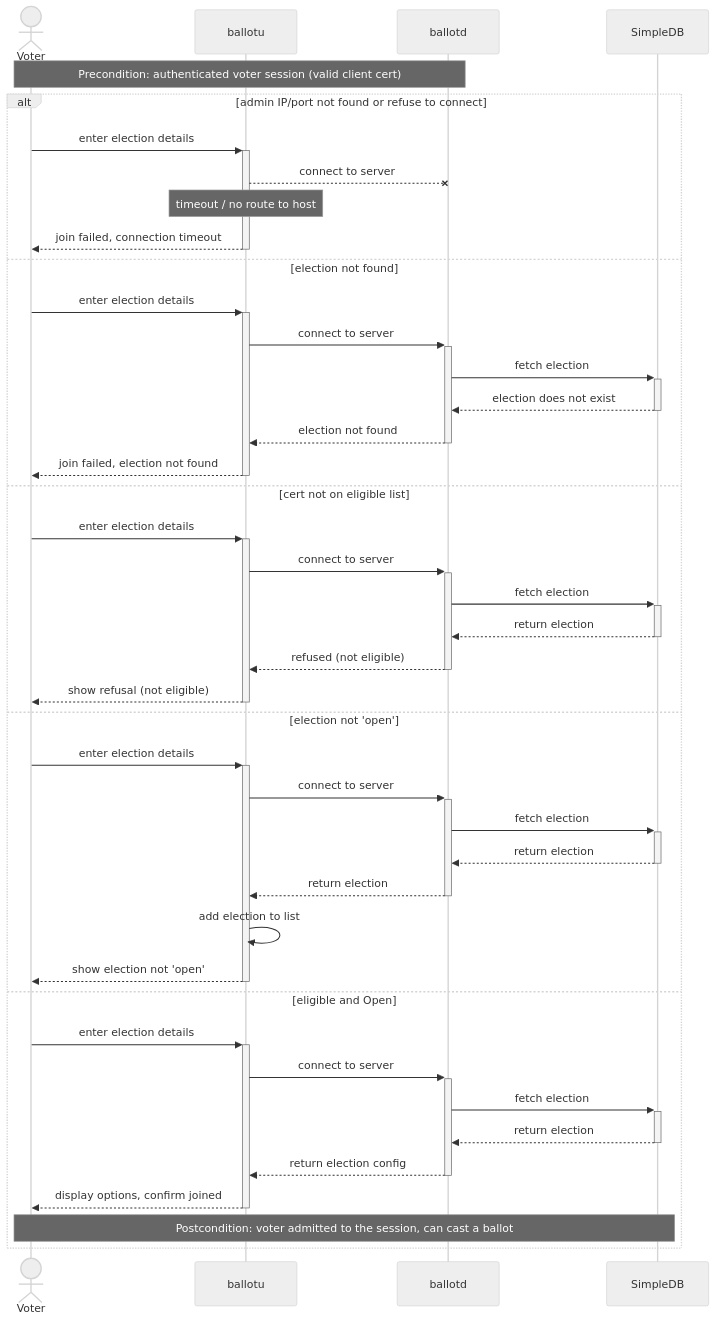
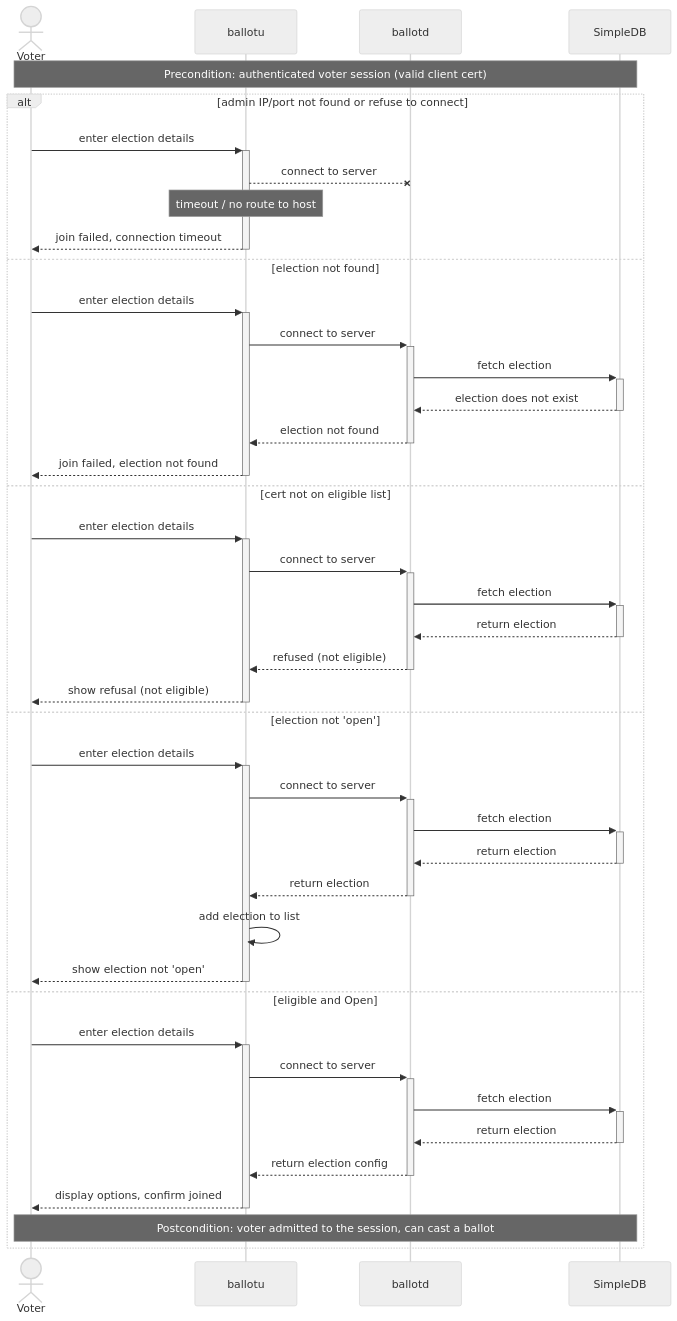
Before and after one commit to JediNakDev/ballotbox: the third of 11 diagrams in README.md, drawn with Mermaid (neutral theme). The commit also changed other lines of this file, not shown here.

````diff
--- a/README.md
+++ b/README.md
@@ -139,46 +139,46 @@
 ```mermaid
 sequenceDiagram
     actor Voter
     participant ballotu
     participant ballotd
     participant SimpleDB
 
-    note over Voter,ballotd: Precondition: authenticated voter session (valid client cert)
+    note over Voter, SimpleDB: Precondition: authenticated voter session (valid client cert)
 
     alt admin IP/port not found or refuse to connect
         Voter->>+ballotu: enter election details
         ballotu--xballotd: connect to server
         note over ballotu: timeout / no route to host
         ballotu-->>-Voter: join failed, connection timeout
     else election not found
         Voter->>+ballotu: enter election details
         ballotu->>+ballotd: connect to server
         ballotd->>+SimpleDB: fetch election
         SimpleDB-->>-ballotd: election does not exist
         ballotd-->>-ballotu: election not found
         ballotu-->>-Voter: join failed, election not found
     else cert not on eligible list
         Voter->>+ballotu: enter election details
         ballotu->>+ballotd: connect to server
         ballotd->>+SimpleDB: fetch election
         SimpleDB-->>-ballotd: return election
         ballotd-->>-ballotu: refused (not eligible)
         ballotu-->>-Voter: show refusal (not eligible)
     else election not 'open'
         Voter->>+ballotu: enter election details
         ballotu->>+ballotd: connect to server
         ballotd->>+SimpleDB: fetch election
         SimpleDB-->>-ballotd: return election
         ballotd-->>-ballotu: return election
         ballotu->>ballotu: add election to list
         ballotu-->>-Voter: show election not 'open'
     else eligible and Open
         Voter->>+ballotu: enter election details
         ballotu->>+ballotd: connect to server
         ballotd->>+SimpleDB: fetch election
         SimpleDB-->>-ballotd: return election
         ballotd-->>-ballotu: return election config
         ballotu-->>-Voter: display options, confirm joined
         note over Voter,SimpleDB: Postcondition: voter admitted to the session, can cast a ballot
     end
 ```
````
